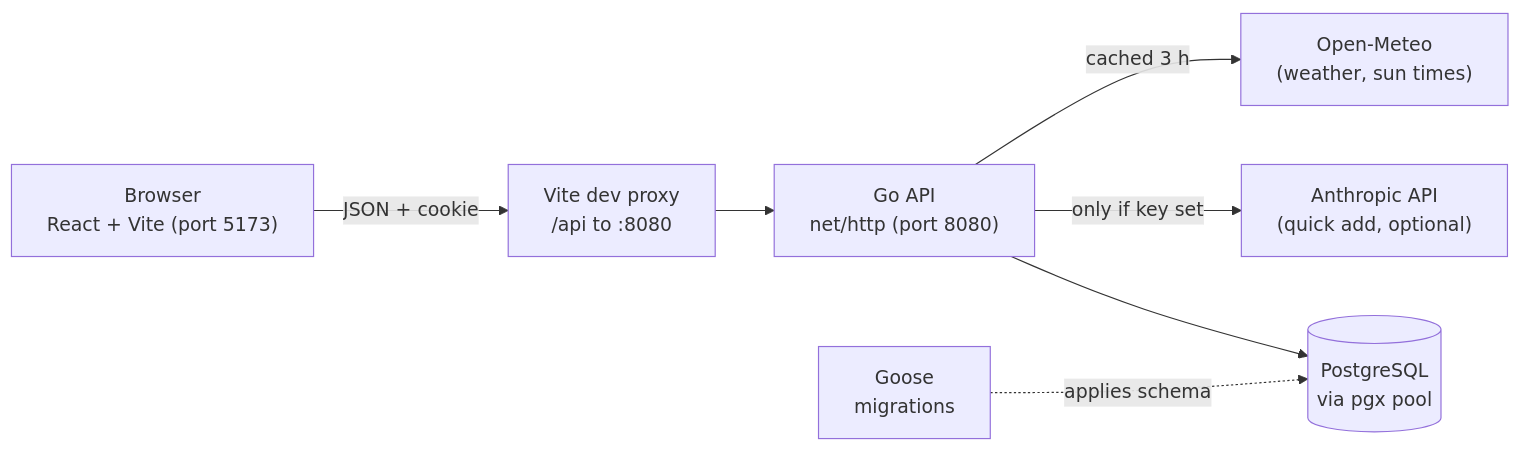
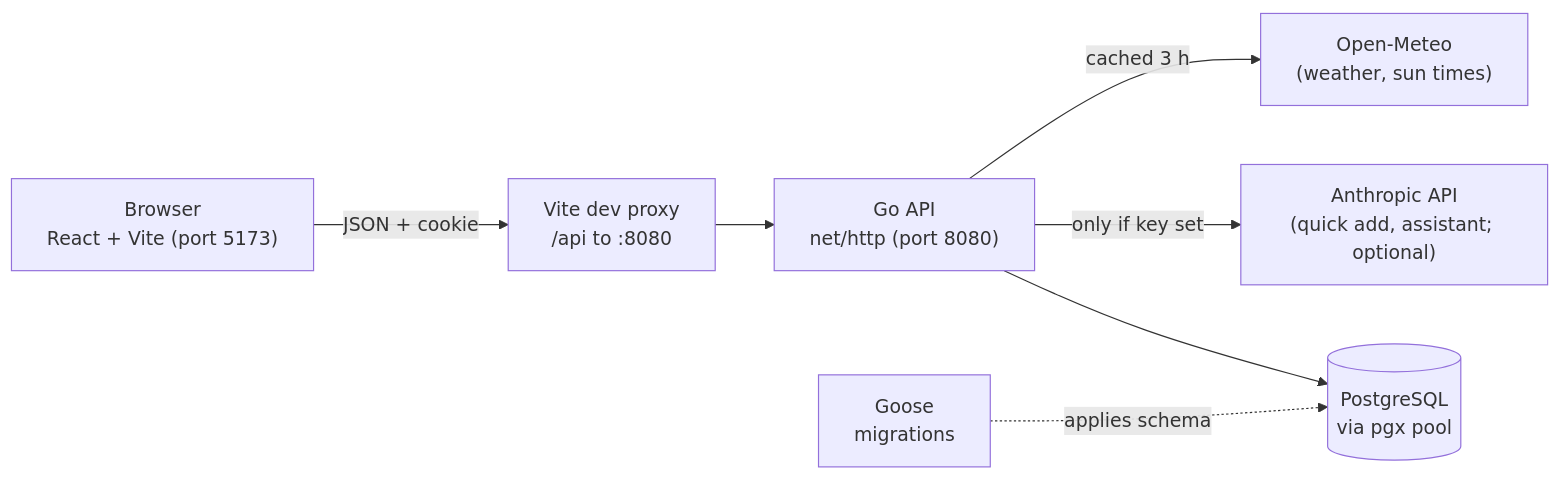
Before and after one commit to jonathan-skantz/jonska-calendar: the first of 3 diagrams in docs/architecture.md, drawn with Mermaid. The commit also changed other lines of this file and 36 other files, not shown here.

````diff
--- a/docs/architecture.md
+++ b/docs/architecture.md
@@ -5,16 +5,16 @@
 ```mermaid
 flowchart LR
     Browser["Browser<br/>React + Vite (port 5173)"]
     Vite["Vite dev proxy<br/>/api to :8080"]
     API["Go API<br/>net/http (port 8080)"]
     DB[("PostgreSQL<br/>via pgx pool")]
     Goose["Goose<br/>migrations"]
-    Anthropic["Anthropic API<br/>(quick add, optional)"]
+    Anthropic["Anthropic API<br/>(quick add, assistant; optional)"]
     OpenMeteo["Open-Meteo<br/>(weather, sun times)"]
 
     Browser -->|"JSON + cookie"| Vite --> API
     API --> DB
     Goose -.->|"applies schema"| DB
     API -->|"only if key set"| Anthropic
     API -->|"cached 3 h"| OpenMeteo
 ```
````
